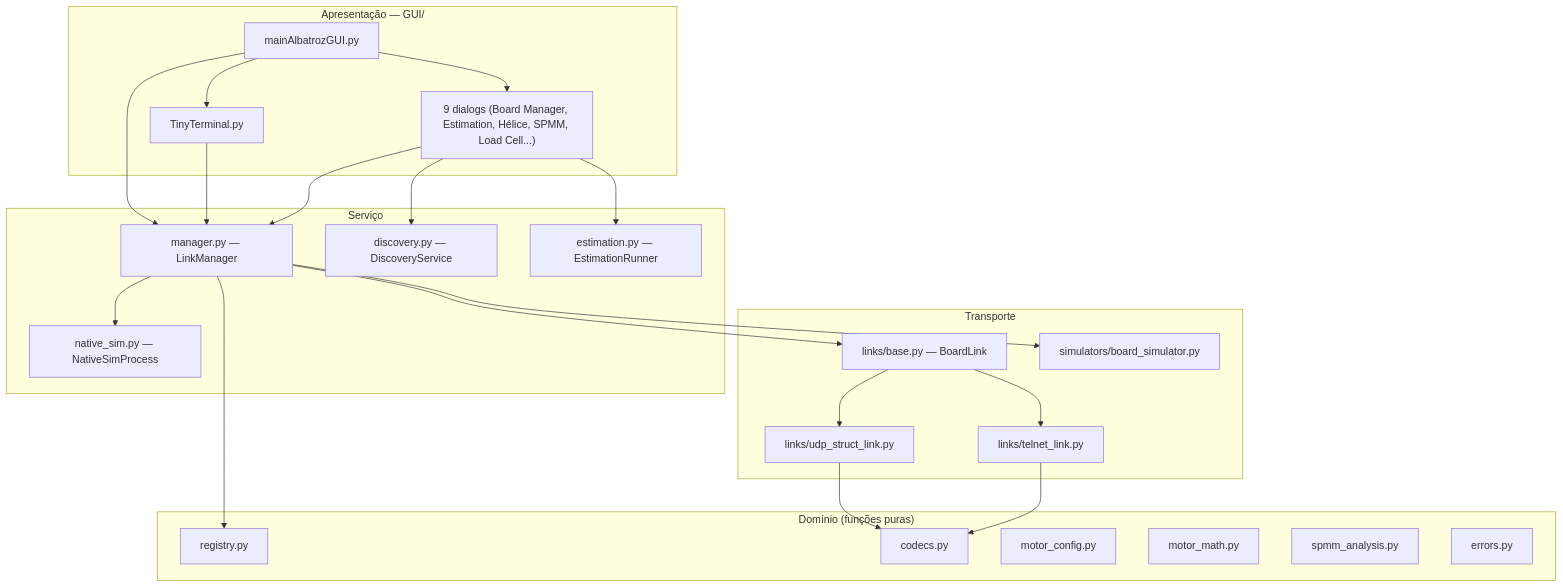
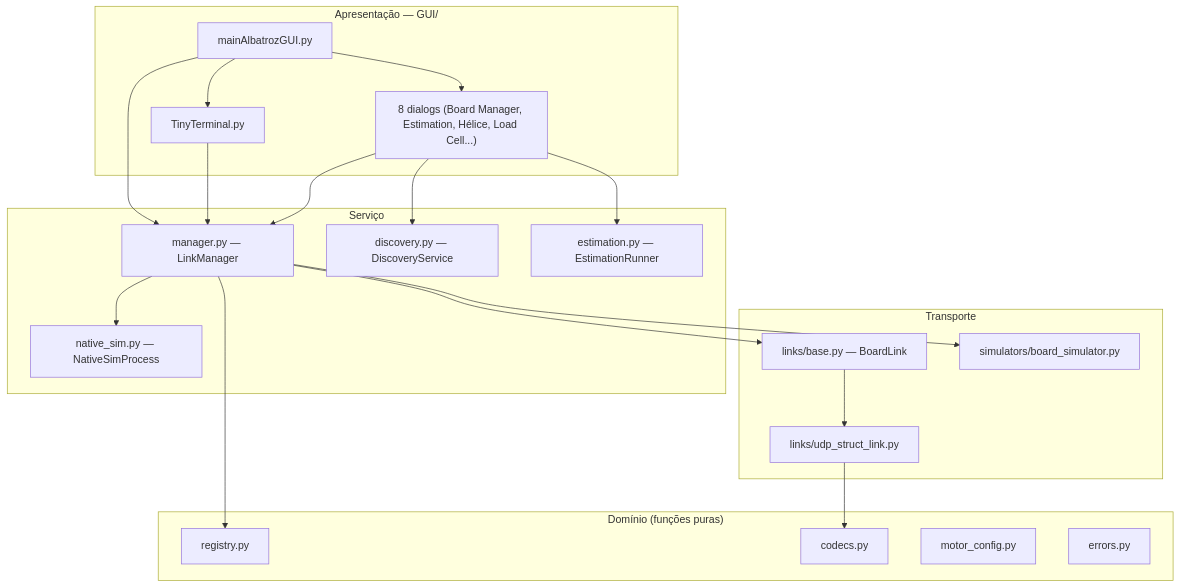
Before and after one commit to vitordallolivo/TCC: the second of 4 diagrams in Codigos/Aplicacao_Pi/README.md, drawn with Mermaid. The commit also changed other lines of this file and 59 other files, not shown here.

````diff
--- a/Codigos/Aplicacao_Pi/README.md
+++ b/Codigos/Aplicacao_Pi/README.md
@@ -165,37 +159,33 @@
 ```mermaid
 flowchart TD
     subgraph GUIL["Apresentação — GUI/"]
         Main["mainAlbatrozGUI.py"]
         Tiny["TinyTerminal.py"]
-        Dlgs["9 dialogs (Board Manager, Estimation, Hélice, SPMM, Load Cell...)"]
+        Dlgs["8 dialogs (Board Manager, Estimation, Hélice, Load Cell...)"]
     end
     subgraph Serv["Serviço"]
         Mgr["manager.py — LinkManager"]
         Disc["discovery.py — DiscoveryService"]
         EstR["estimation.py — EstimationRunner"]
         NS["native_sim.py — NativeSimProcess"]
     end
     subgraph Dom["Domínio (funções puras)"]
         Reg["registry.py"]
         Cod["codecs.py"]
         MC["motor_config.py"]
-        MM["motor_math.py"]
-        SA["spmm_analysis.py"]
         Errs["errors.py"]
     end
     subgraph Trans["Transporte"]
         Base["links/base.py — BoardLink"]
         Udp["links/udp_struct_link.py"]
-        Tel["links/telnet_link.py"]
         Sim["simulators/board_simulator.py"]
     end
 
     Main --> Tiny & Dlgs
     Main --> Mgr
     Tiny --> Mgr
     Dlgs --> Mgr & Disc & EstR
     Mgr --> Reg & Base & Sim & NS
-    Base --> Udp & Tel
+    Base --> Udp
     Udp --> Cod
-    Tel --> Cod
 ```
````
